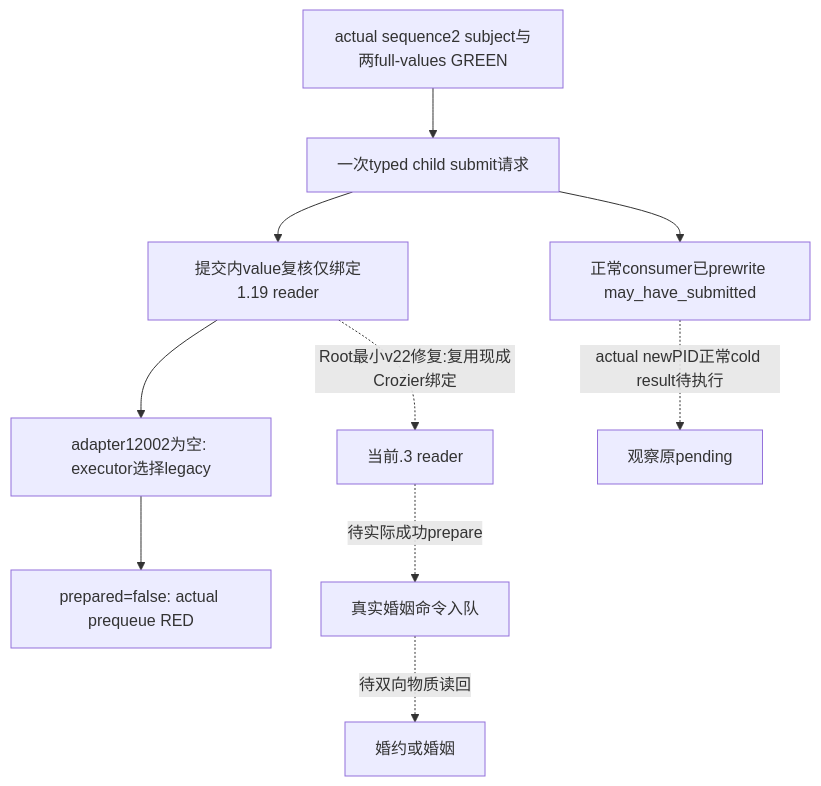
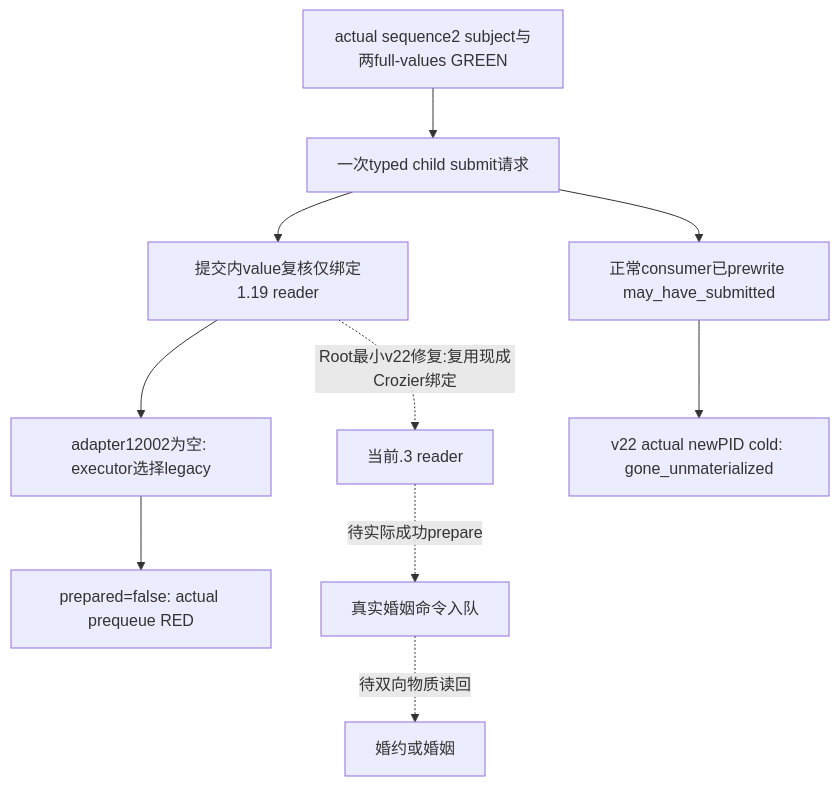
The sixth of 7 diagrams in docs/ck3-native-ai/ck3-1.20.0.2-family.md (XenoAmess/ck3_eternal_recurrence), drawn with Mermaid before and after one commit. The commit also changed other lines of this file and 18 other files, not shown here.

````diff
--- a/docs/ck3-native-ai/ck3-1.20.0.2-family.md
+++ b/docs/ck3-native-ai/ck3-1.20.0.2-family.md
@@ -587,12 +587,12 @@
 ```mermaid
 flowchart TD
     V[actual sequence2 subject与两full-values GREEN] --> S[一次typed child submit请求]
     S --> W[提交内value复核仅绑定1.19 reader]
     W --> L[adapter12002为空: executor选择legacy]
     L --> R[prepared=false: actual prequeue RED]
     S --> P[正常consumer已prewrite may_have_submitted]
-    P -. actual newPID正常cold result待执行 .-> O[观察原pending]
+    P --> O[v22 actual newPID cold: gone_unmaterialized]
     W -. Root最小v22修复:复用现成Crozier绑定 .-> C[当前.3 reader]
     C -. 待实际成功prepare .-> M[真实婚姻命令入队]
     M -. 待双向物质读回 .-> B[婚约或婚姻]
 ```
````
